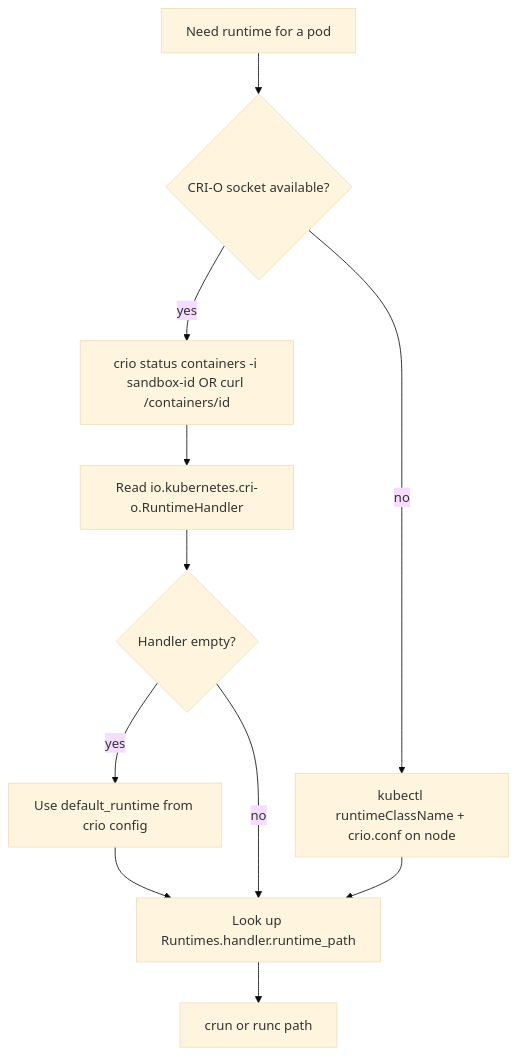
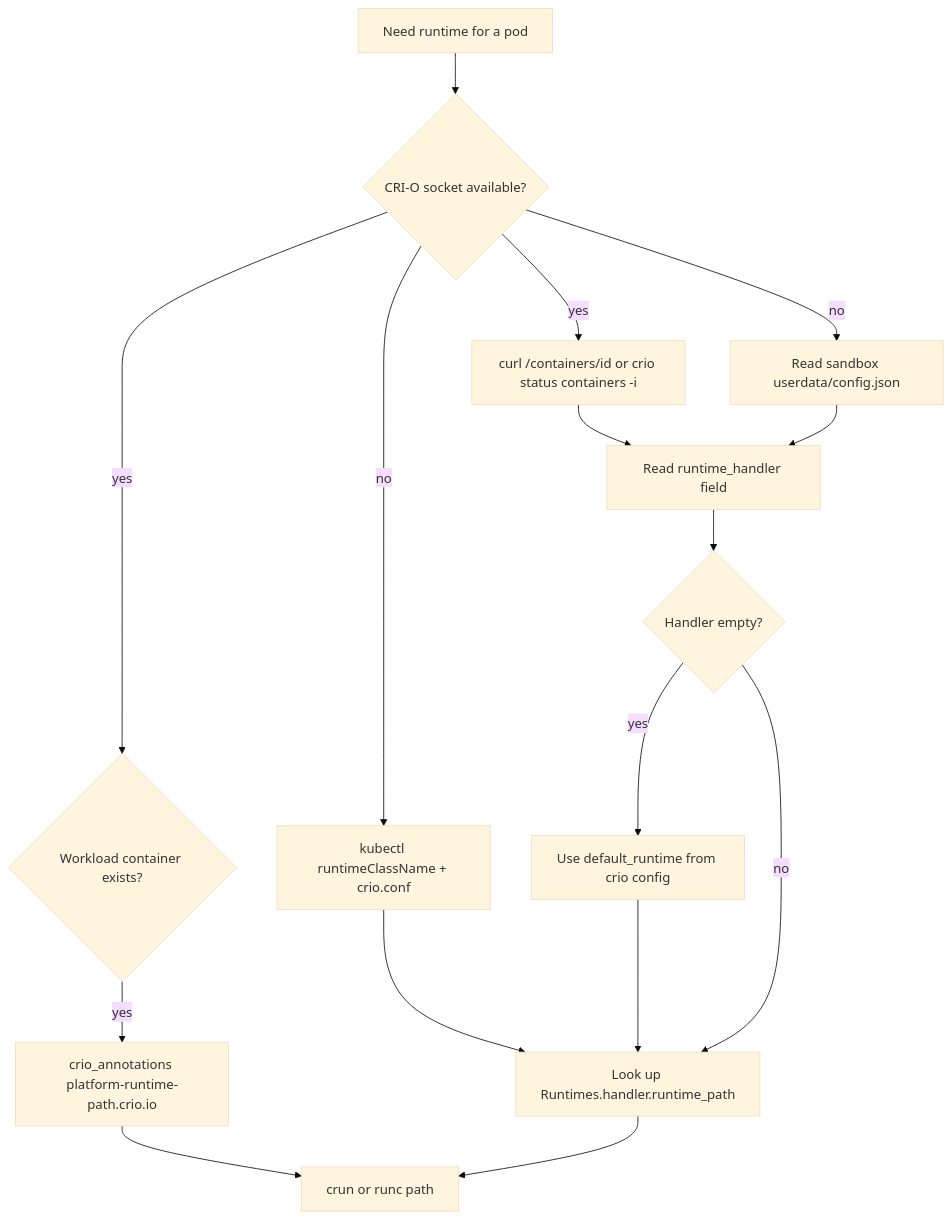
One commit to mrniranjan/cri-o changed the second of 2 diagrams in docs/runtime-detection.md. Above: the diagram before and after it, drawn with Mermaid (base theme). The commit also changed other lines of this file, not shown here.

Commit message:
Minor fix related to checking container runtime

````diff
--- a/docs/runtime-detection.md
+++ b/docs/runtime-detection.md
@@ -154,19 +201,24 @@
 ```mermaid
 flowchart TD
   start["Need runtime for a pod"]
   hasSocket{"CRI-O socket available?"}
-  api["crio status containers -i sandbox-id OR curl /containers/id"]
-  handler["Read io.kubernetes.cri-o.RuntimeHandler"]
+  inspect["curl /containers/id or crio status containers -i"]
+  handler["Read runtime_handler field"]
+  workload{"Workload container exists?"}
+  directPath["crio_annotations platform-runtime-path.crio.io"]
   empty{"Handler empty?"}
   default["Use default_runtime from crio config"]
   map["Look up Runtimes.handler.runtime_path"]
+  disk["Read sandbox userdata/config.json"]
+  k8s["kubectl runtimeClassName + crio.conf"]
   result["crun or runc path"]
 
   start --> hasSocket
-  hasSocket -->|yes| api --> handler --> empty
-  hasSocket -->|no| k8s["kubectl runtimeClassName + crio.conf on node"]
+  hasSocket -->|yes| inspect --> handler --> empty
+  hasSocket -->|yes| workload -->|yes| directPath --> result
+  hasSocket -->|no| disk --> handler
+  hasSocket -->|no| k8s --> map
   empty -->|yes| default --> map
   empty -->|no| map
-  k8s --> map
   map --> result
 ```
````
